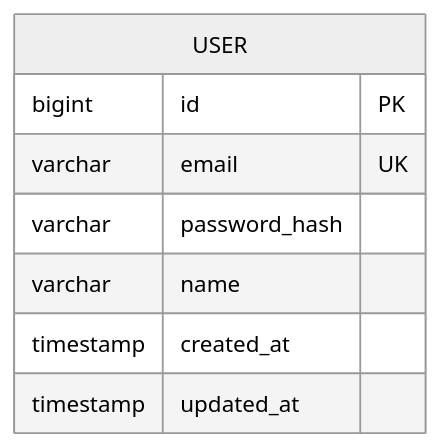
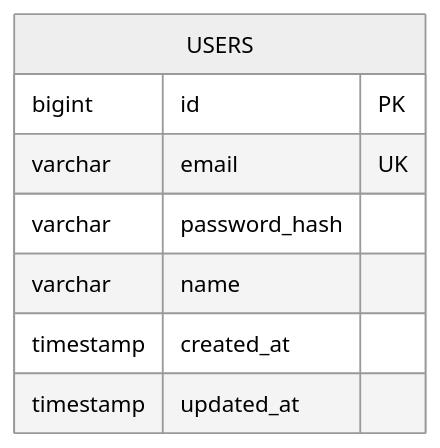
Before and after one commit to upleat-ax/u-maker-plugin: the first of 6 diagrams in skills/u-design/references/erd-spec.md, drawn with Mermaid (neutral theme). The commit also changed other lines of this file, not shown here.

First line of the commit message:
feat: upgrade ERD naming conventions to advanced standard

````diff
--- a/skills/u-design/references/erd-spec.md
+++ b/skills/u-design/references/erd-spec.md
@@ -59,11 +59,11 @@
 ```mermaid
 erDiagram
-    USER {
+    USERS {
         bigint id PK
         varchar email UK
         varchar password_hash
         varchar name
         timestamp created_at
         timestamp updated_at
     }
 ```
````
